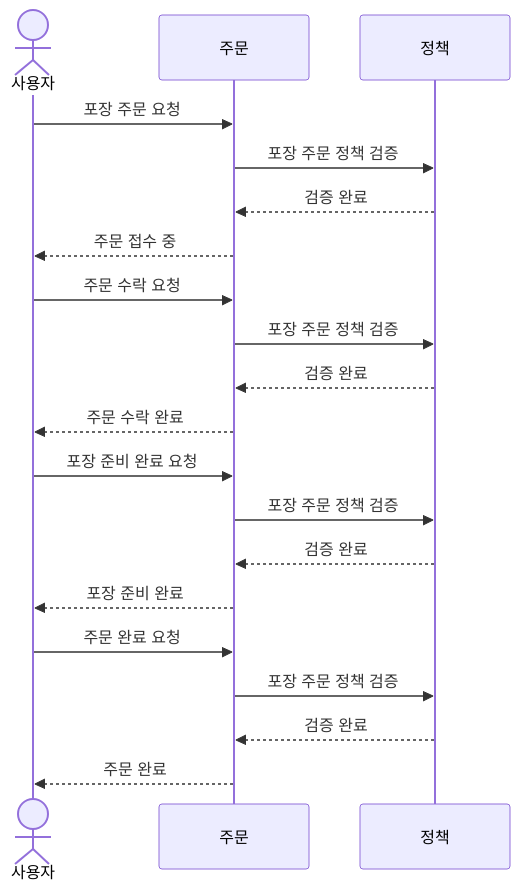
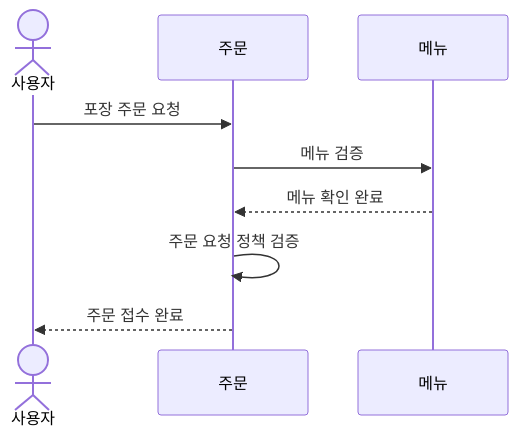
One commit to dkswnkk/ddd-strategic-design changed diagram 13 of 22 in README.md. Above: the diagram before and after it, drawn with Mermaid. The commit also changed other lines of this file, not shown here.

````diff
--- a/README.md
+++ b/README.md
@@ -325,22 +421,12 @@
 ```mermaid
 sequenceDiagram
-    actor User as 사용자
+    actor Guest as 사용자
     participant Order as 주문
-    participant Policy as 정책
-    User ->> Order: 포장 주문 요청
-    Order ->> Policy: 포장 주문 정책 검증
-    Policy -->> Order: 검증 완료
-    Order -->> User: 주문 접수 중
-    User ->> Order: 주문 수락 요청
-    Order ->> Policy: 포장 주문 정책 검증
-    Policy -->> Order: 검증 완료
-    Order -->> User: 주문 수락 완료
-    User ->> Order: 포장 준비 완료 요청
-    Order ->> Policy: 포장 주문 정책 검증
-    Policy -->> Order: 검증 완료
-    Order -->> User: 포장 준비 완료
-    User ->> Order: 주문 완료 요청
-    Order ->> Policy: 포장 주문 정책 검증
-    Policy -->> Order: 검증 완료
-    Order -->> User: 주문 완료
+    participant Menu as 메뉴
+    Guest ->> Order: 포장 주문 요청
+    Order ->> Menu: 메뉴 검증
+    Menu -->> Order: 메뉴 확인 완료
+    Order ->> Order: 주문 요청 정책 검증
+    Order -->> Guest: 주문 접수 완료
+
 ```
````
